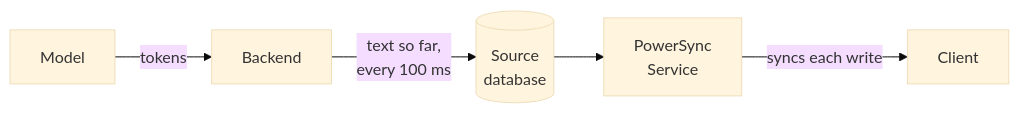
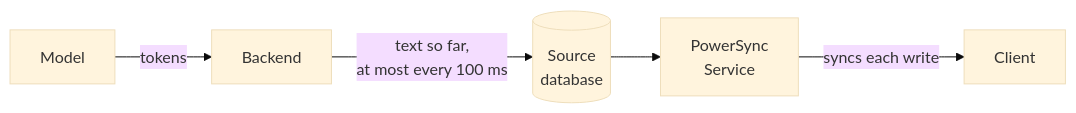
Before and after one commit to powersync-ja/powersync-docs: the first of 2 diagrams in client-sdks/advanced/ai-chat.mdx, drawn with Mermaid (base theme). The commit also changed other lines of this file, not shown here.

Commit message:
Clarify the write interval and diagram arrows in the AI chat guide

````diff
--- a/client-sdks/advanced/ai-chat.mdx
+++ b/client-sdks/advanced/ai-chat.mdx
@@ -74,7 +74,7 @@
 ```mermaid
 flowchart LR
   model["Model"] -->|tokens| backend["Backend"]
-  backend -->|"text so far,<br/>every 100 ms"| db[("Source<br/>database")]
+  backend -->|"text so far,<br/>at most every 100 ms"| db[("Source<br/>database")]
   db --> service["PowerSync<br/>Service"]
   service -->|"syncs each write"| client["Client"]
 ```
````
